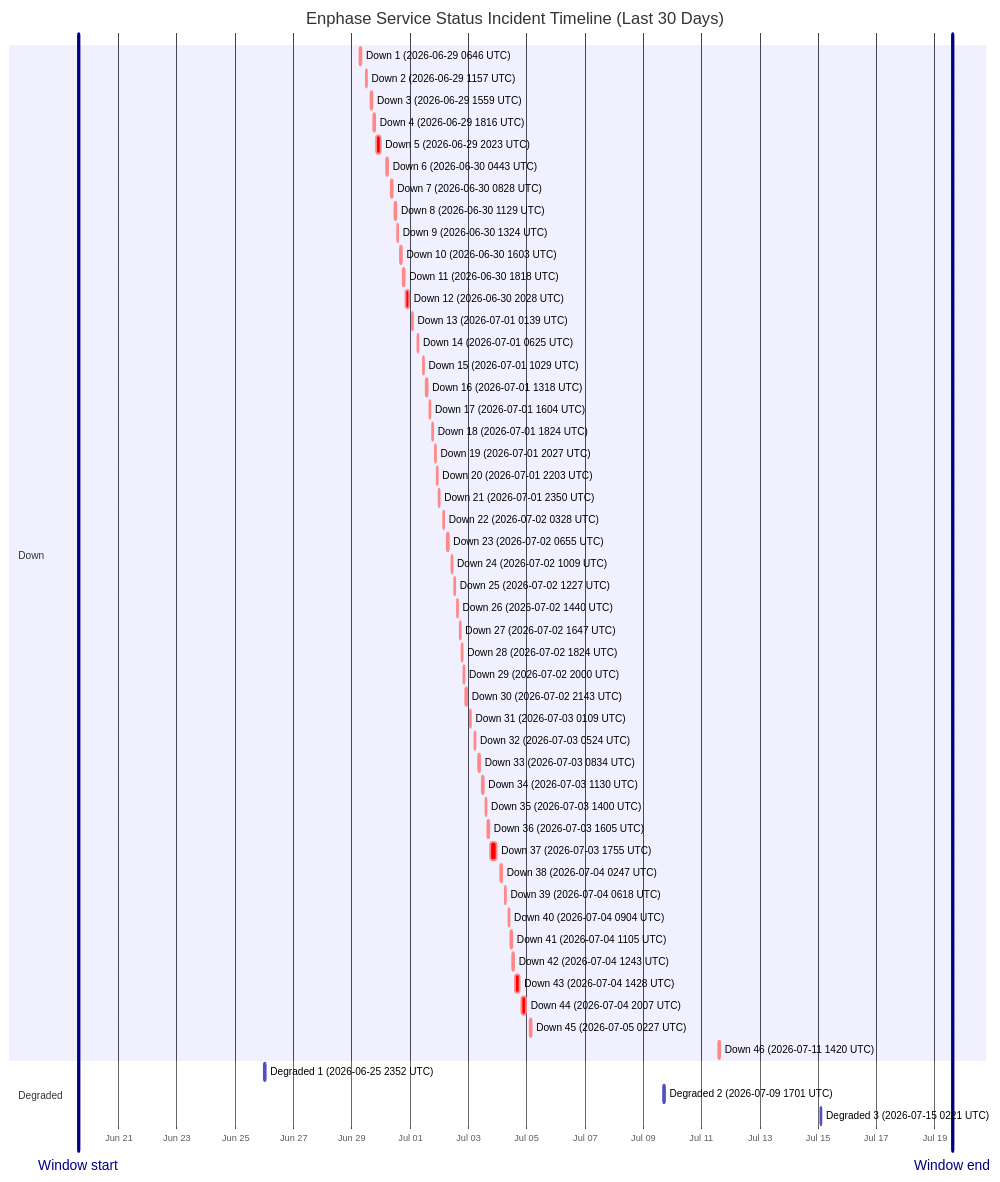
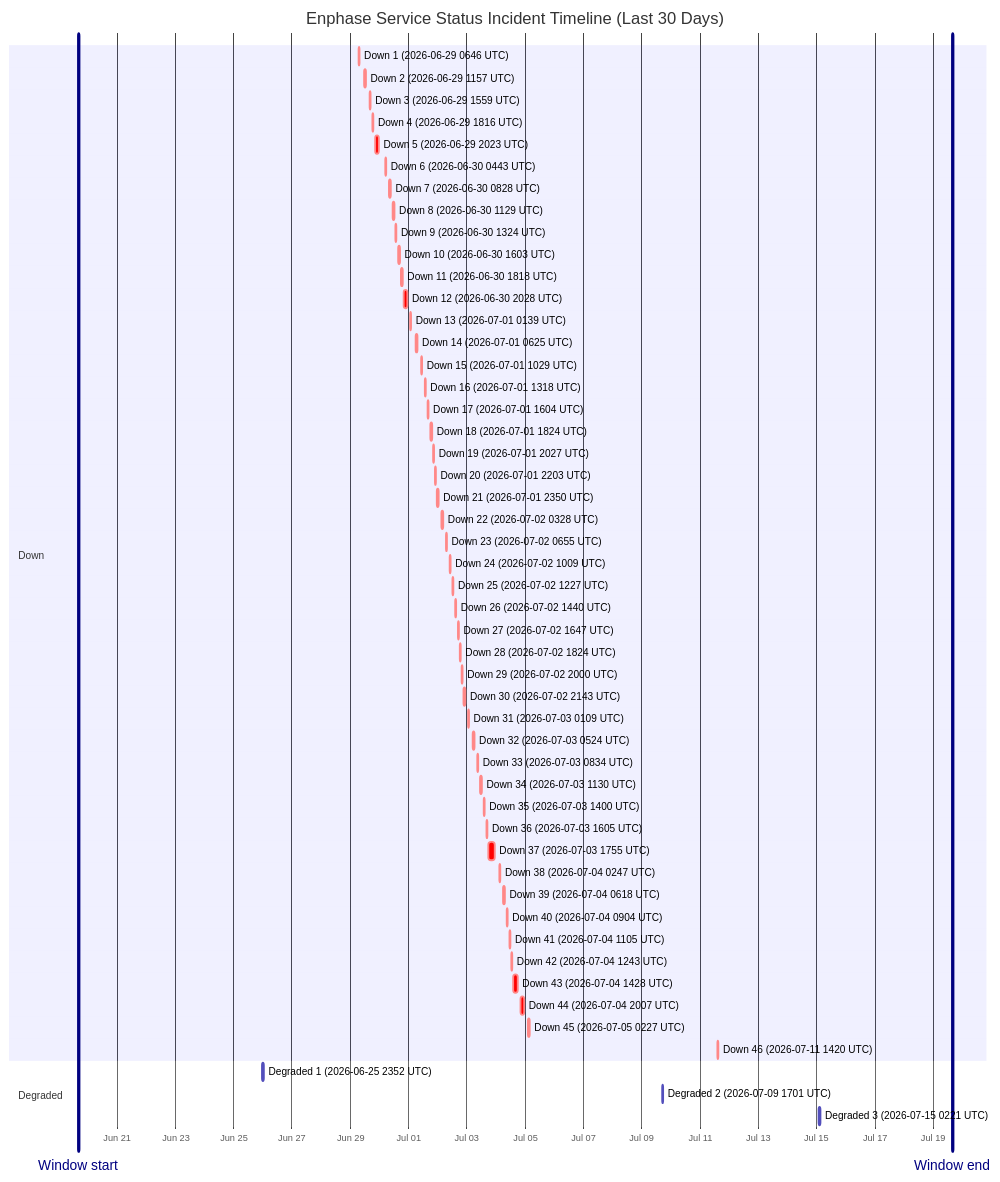
Before and after one commit to barneyonline/ha-enphase-energy: the diagram in wiki/Service-Status-History.md, drawn with Mermaid. The commit also changed other lines of this file and 3 other files, not shown here.

````diff
--- a/wiki/Service-Status-History.md
+++ b/wiki/Service-Status-History.md
@@ -14,59 +14,59 @@
 ```mermaid
 gantt
     title Enphase Service Status Incident Timeline (Last 30 Days)
     dateFormat  YYYY-MM-DDTHH:mm:ss
     axisFormat  %b %d
-    Window start :vert, window-start, 2026-06-19T14:37:55, 0ms
-    Window end :vert, window-end, 2026-07-19T14:37:55, 0ms
+    Window start :vert, window-start, 2026-06-19T15:56:24, 0ms
+    Window end :vert, window-end, 2026-07-19T15:56:24, 0ms
     section Down
     Down 1 (2026-06-29 0646 UTC) :crit, down-1, 2026-06-29T06:46:18, 60m
     Down 2 (2026-06-29 1157 UTC) :crit, down-2, 2026-06-29T11:57:36, 60m
     Down 3 (2026-06-29 1559 UTC) :crit, down-3, 2026-06-29T15:59:02, 60m
     Down 4 (2026-06-29 1816 UTC) :crit, down-4, 2026-06-29T18:16:38, 60m
     Down 5 (2026-06-29 2023 UTC) :crit, down-5, 2026-06-29T20:23:16, 220m
     Down 6 (2026-06-30 0443 UTC) :crit, down-6, 2026-06-30T04:43:54, 60m
     Down 7 (2026-06-30 0828 UTC) :crit, down-7, 2026-06-30T08:28:43, 60m
     Down 8 (2026-06-30 1129 UTC) :crit, down-8, 2026-06-30T11:29:15, 60m
     Down 9 (2026-06-30 1324 UTC) :crit, down-9, 2026-06-30T13:24:25, 60m
     Down 10 (2026-06-30 1603 UTC) :crit, down-10, 2026-06-30T16:03:26, 60m
     Down 11 (2026-06-30 1818 UTC) :crit, down-11, 2026-06-30T18:18:39, 60m
     Down 12 (2026-06-30 2028 UTC) :crit, down-12, 2026-06-30T20:28:54, 171m
     Down 13 (2026-07-01 0139 UTC) :crit, down-13, 2026-07-01T01:39:18, 60m
     Down 14 (2026-07-01 0625 UTC) :crit, down-14, 2026-07-01T06:25:35, 60m
     Down 15 (2026-07-01 1029 UTC) :crit, down-15, 2026-07-01T10:29:24, 60m
     Down 16 (2026-07-01 1318 UTC) :crit, down-16, 2026-07-01T13:18:31, 60m
     Down 17 (2026-07-01 1604 UTC) :crit, down-17, 2026-07-01T16:04:29, 60m
     Down 18 (2026-07-01 1824 UTC) :crit, down-18, 2026-07-01T18:24:21, 60m
     Down 19 (2026-07-01 2027 UTC) :crit, down-19, 2026-07-01T20:27:17, 60m
     Down 20 (2026-07-01 2203 UTC) :crit, down-20, 2026-07-01T22:03:46, 60m
     Down 21 (2026-07-01 2350 UTC) :crit, down-21, 2026-07-01T23:50:52, 60m
     Down 22 (2026-07-02 0328 UTC) :crit, down-22, 2026-07-02T03:28:33, 60m
     Down 23 (2026-07-02 0655 UTC) :crit, down-23, 2026-07-02T06:55:07, 60m
     Down 24 (2026-07-02 1009 UTC) :crit, down-24, 2026-07-02T10:09:15, 60m
     Down 25 (2026-07-02 1227 UTC) :crit, down-25, 2026-07-02T12:27:49, 60m
     Down 26 (2026-07-02 1440 UTC) :crit, down-26, 2026-07-02T14:40:53, 60m
     Down 27 (2026-07-02 1647 UTC) :crit, down-27, 2026-07-02T16:47:47, 60m
     Down 28 (2026-07-02 1824 UTC) :crit, down-28, 2026-07-02T18:24:26, 60m
     Down 29 (2026-07-02 2000 UTC) :crit, down-29, 2026-07-02T20:00:57, 60m
     Down 30 (2026-07-02 2143 UTC) :crit, down-30, 2026-07-02T21:43:52, 80m
     Down 31 (2026-07-03 0109 UTC) :crit, down-31, 2026-07-03T01:09:19, 60m
     Down 32 (2026-07-03 0524 UTC) :crit, down-32, 2026-07-03T05:24:23, 60m
     Down 33 (2026-07-03 0834 UTC) :crit, down-33, 2026-07-03T08:34:05, 60m
     Down 34 (2026-07-03 1130 UTC) :crit, down-34, 2026-07-03T11:30:41, 60m
     Down 35 (2026-07-03 1400 UTC) :crit, down-35, 2026-07-03T14:00:48, 60m
     Down 36 (2026-07-03 1605 UTC) :crit, down-36, 2026-07-03T16:05:49, 60m
     Down 37 (2026-07-03 1755 UTC) :crit, down-37, 2026-07-03T17:55:54, 338m
     Down 38 (2026-07-04 0247 UTC) :crit, down-38, 2026-07-04T02:47:22, 60m
     Down 39 (2026-07-04 0618 UTC) :crit, down-39, 2026-07-04T06:18:09, 60m
     Down 40 (2026-07-04 0904 UTC) :crit, down-40, 2026-07-04T09:04:41, 60m
     Down 41 (2026-07-04 1105 UTC) :crit, down-41, 2026-07-04T11:05:21, 60m
     Down 42 (2026-07-04 1243 UTC) :crit, down-42, 2026-07-04T12:43:25, 60m
     Down 43 (2026-07-04 1428 UTC) :crit, down-43, 2026-07-04T14:28:07, 243m
     Down 44 (2026-07-04 2007 UTC) :crit, down-44, 2026-07-04T20:07:50, 206m
     Down 45 (2026-07-05 0227 UTC) :crit, down-45, 2026-07-05T02:27:32, 109m
     Down 46 (2026-07-11 1420 UTC) :crit, down-46, 2026-07-11T14:20:54, 69m
     section Degraded
     Degraded 1 (2026-06-25 2352 UTC) :active, degraded-1, 2026-06-25T23:52:01, 60m
     Degraded 2 (2026-07-09 1701 UTC) :active, degraded-2, 2026-07-09T17:01:02, 60m
     Degraded 3 (2026-07-15 0221 UTC) :active, degraded-3, 2026-07-15T02:21:35, 60m
 ```
````
